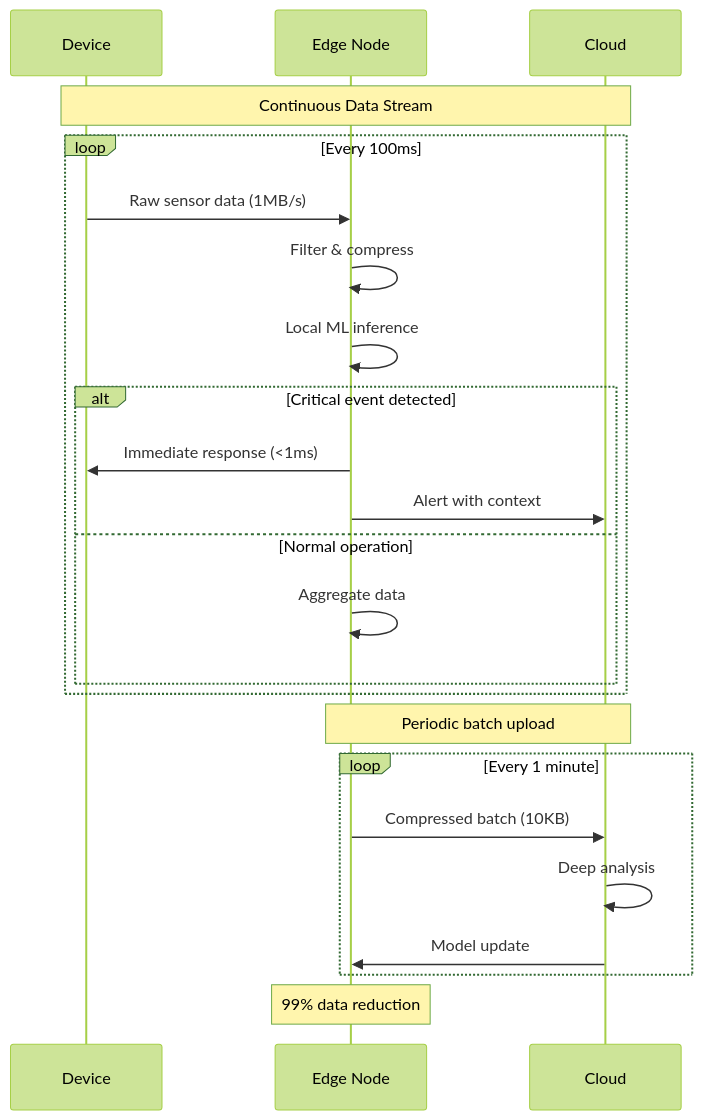
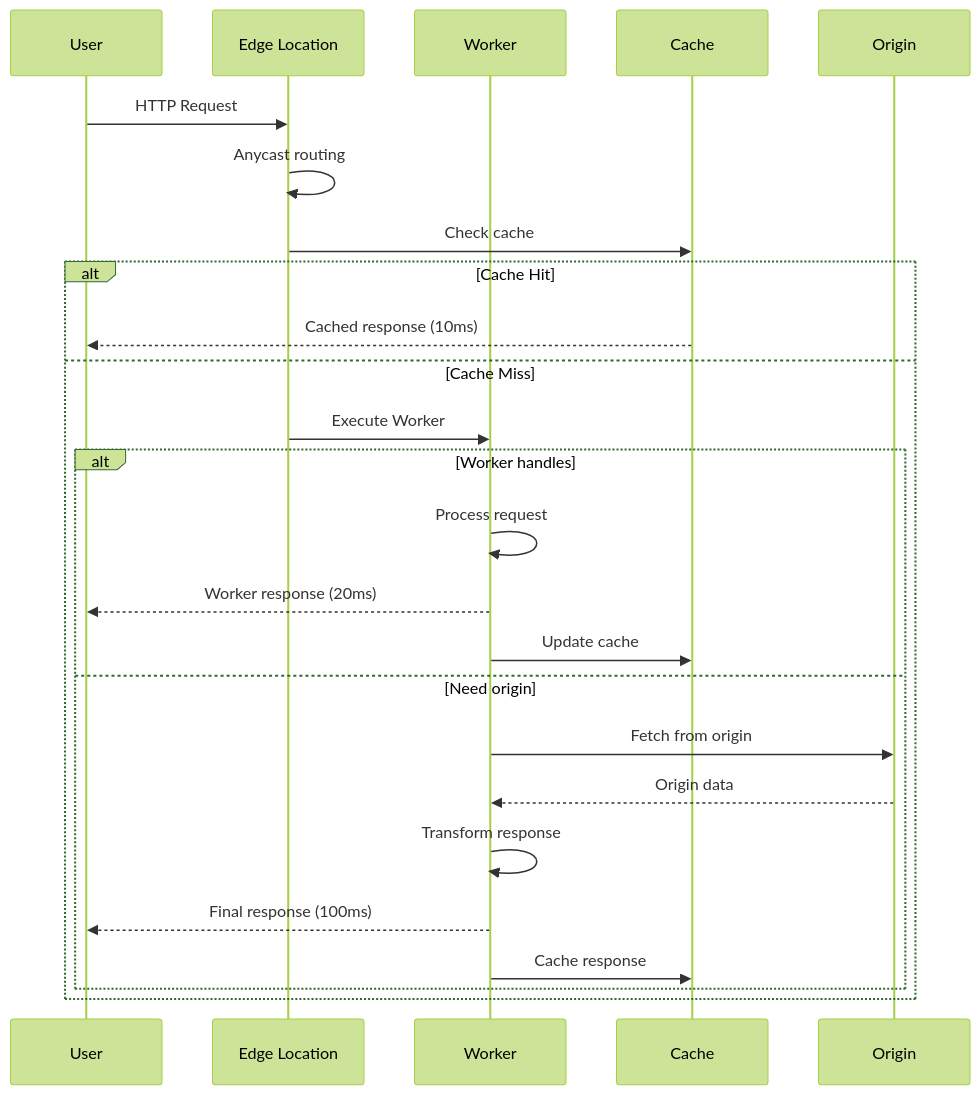
Diagram 14 of 16 in docs/pattern-library/scaling/edge-computing.md (deepaucksharma/DStudio), drawn with Mermaid (forest theme) before and after one commit. The commit also changed other lines of this file and 12 other files, not shown here.

````diff
--- a/docs/pattern-library/scaling/edge-computing.md
+++ b/docs/pattern-library/scaling/edge-computing.md
@@ -1494,31 +570,29 @@
 ```mermaid
 sequenceDiagram
-    participant D as Device
-    participant E as Edge Node
-    participant C as Cloud
+    participant U as User
+    participant E as Edge Location
+    participant W as Worker
+    participant C as Cache
+    participant O as Origin
     
-    Note over D,C: Continuous Data Stream
+    U->>E: HTTP Request
+    E->>E: Anycast routing
     
-    loop Every 100ms
-        D->>E: Raw sensor data (1MB/s)
-        E->>E: Filter & compress
-        E->>E: Local ML inference
-        
-        alt Critical event detected
-            E->>D: Immediate response (<1ms)
-            E->>C: Alert with context
-        else Normal operation
-            E->>E: Aggregate data
+    E->>C: Check cache
+    alt Cache Hit
+        C-->>U: Cached response (10ms)
+    else Cache Miss
+        E->>W: Execute Worker
+        alt Worker handles
+            W->>W: Process request
+            W-->>U: Worker response (20ms)
+            W->>C: Update cache
+        else Need origin
+            W->>O: Fetch from origin
+            O-->>W: Origin data
+            W->>W: Transform response
+            W-->>U: Final response (100ms)
+            W->>C: Cache response
         end
     end
-    
-    Note over E,C: Periodic batch upload
-    
-    loop Every 1 minute
-        E->>C: Compressed batch (10KB)
-        C->>C: Deep analysis
-        C->>E: Model update
-    end
-    
-    Note over E: 99% data reduction
 ```
````
